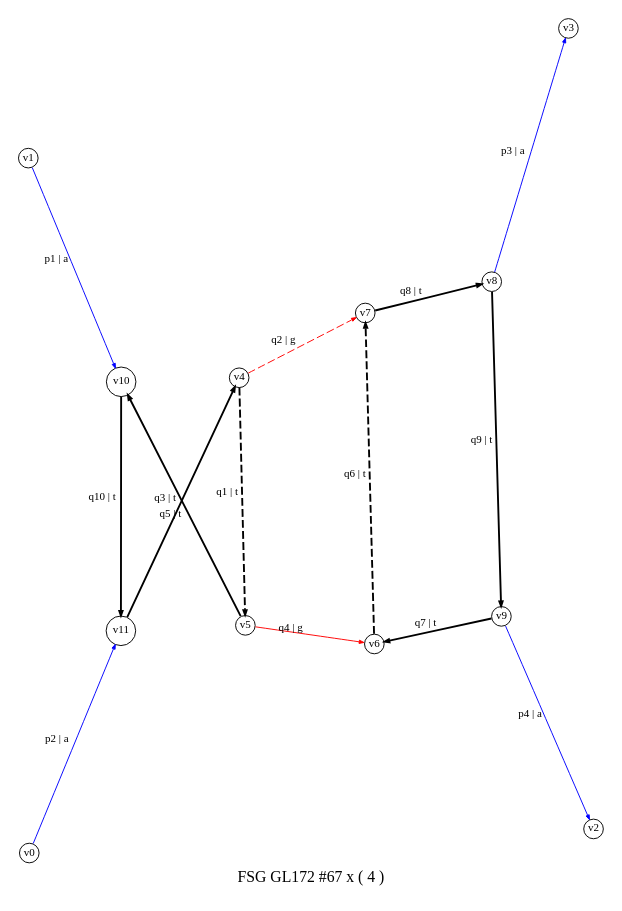
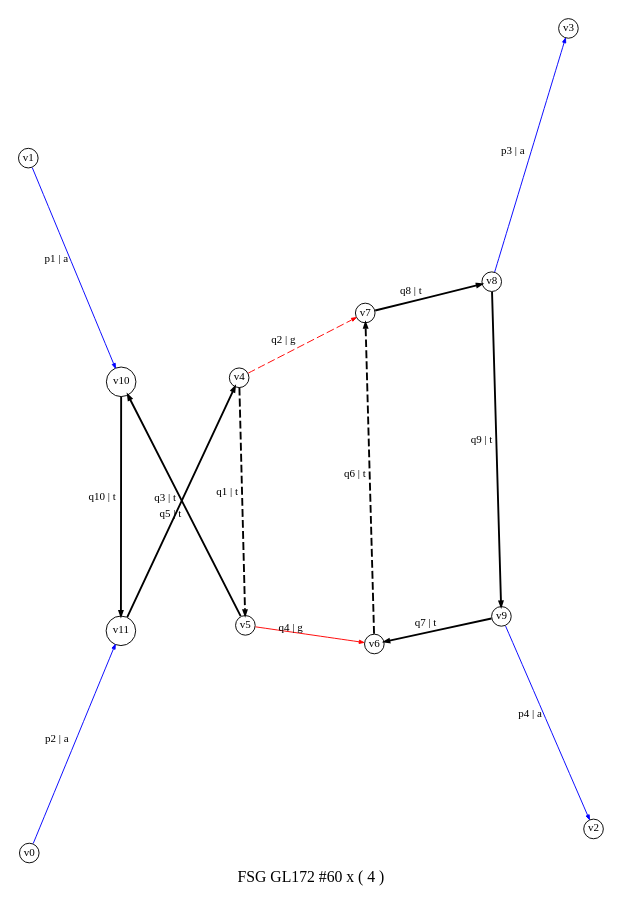
Before and after one commit to alphal00p/alphaLoopMisc: the diagram in aa_ttx/SupplementaryMaterial/drawings/GL172.dot, drawn with Graphviz. The commit also changed 139 other files, not shown here.

```diff
--- a/aa_ttx/SupplementaryMaterial/drawings/GL172.dot
+++ b/aa_ttx/SupplementaryMaterial/drawings/GL172.dot
@@ -1,25 +1,25 @@
 digraph dot_67_0_GL172 {
-label="FSG GL172 #67 x ( 4 )";
+label="FSG GL172 #60 x ( 4 )";
 noverlap="scale"; layout="neato";
 graph [ 
 overall_factor="NumeratorDependentGrouping(172,1,AntiFermionSpinSumSign(1)*AutG(1)^-1*ExternalFermionOrderingSign(1))+NumeratorDependentGrouping(173,1,AntiFermionSpinSumSign(1)*AutG(1)^-1*ExternalFermionOrderingSign(1))+NumeratorDependentGrouping(174,1,AntiFermionSpinSumSign(1)*AutG(1)^-1*ExternalFermionOrderingSign(1))+NumeratorDependentGrouping(175,1,AntiFermionSpinSumSign(1)*AutG(1)^-1*ExternalFermionOrderingSign(1))",
 overall_factor_evaluated="4",
 fontsize=10,ratio=1.5
  ];
 node [ fontsize=7,shape=circle,margin=0,height=0.01,penwidth=0.6 ];
 edge [ fontsize=7,arrowsize=0.3,penwidth=0.6 ];
 "v1" -> "v10" [label="p1 | a",color="blue",penwidth="0.6",style="solid"];
 "v0" -> "v11" [label="p2 | a",color="blue",penwidth="0.6",style="solid"];
 "v8" -> "v3" [label="p3 | a",color="blue",penwidth="0.6",style="solid"];
 "v9" -> "v2" [label="p4 | a",color="blue",penwidth="0.6",style="solid"];
 "v4" -> "v5" [label="q1 | t",color="black",penwidth="1.2",style="dashed"];
 "v4" -> "v7" [label="q2 | g",color="red",penwidth="0.6",style="dashed"];
 "v11" -> "v4" [label="q3 | t",color="black",penwidth="1.2",style="solid"];
 "v5" -> "v6" [label="q4 | g",color="red",penwidth="0.6",style="solid"];
 "v5" -> "v10" [label="q5 | t",color="black",penwidth="1.2",style="solid"];
 "v6" -> "v7" [label="q6 | t",color="black",penwidth="1.2",style="dashed"];
 "v9" -> "v6" [label="q7 | t",color="black",penwidth="1.2",style="solid"];
 "v7" -> "v8" [label="q8 | t",color="black",penwidth="1.2",style="solid"];
 "v8" -> "v9" [label="q9 | t",color="black",penwidth="1.2",style="solid"];
 "v10" -> "v11" [label="q10 | t",color="black",penwidth="1.2",style="solid"];
 }
```
